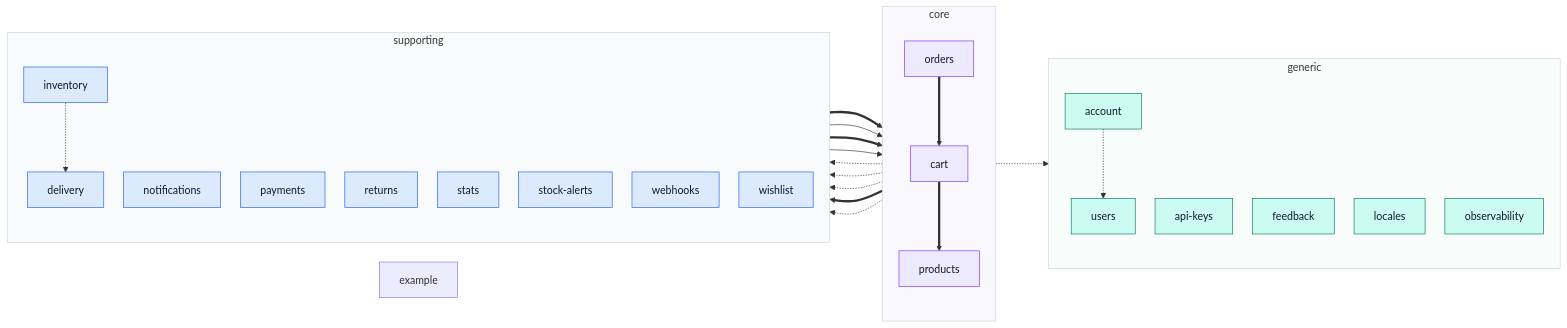
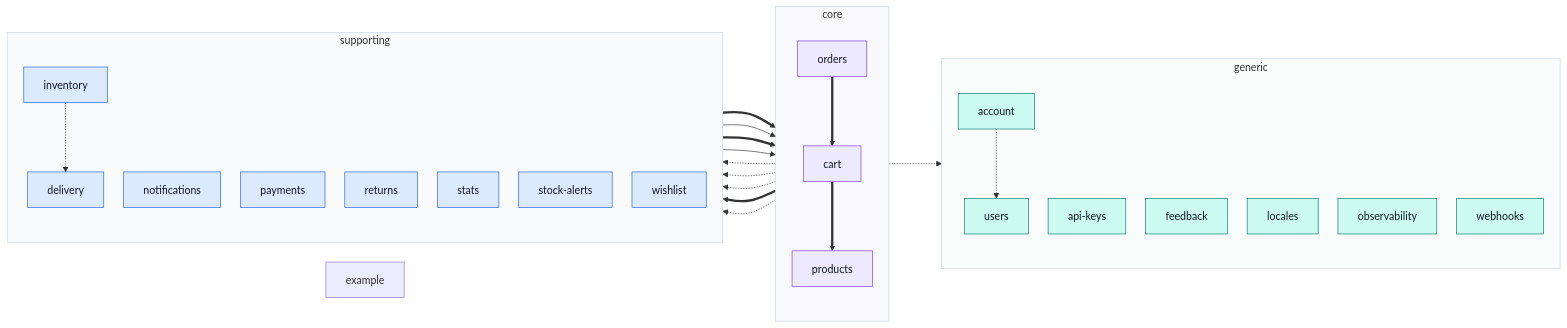
Before and after one commit to Guebbit/boilerplate-vue-frontend: the diagram in docs/modules/index.md, drawn with Mermaid. The commit also changed other lines of this file and 4 other files, not shown here.

Commit message:
docs(webhooks): a generic subdomain, as the backend labels it

````diff
--- a/docs/modules/index.md
+++ b/docs/modules/index.md
@@ -34,56 +34,56 @@
 ```mermaid
 %%{init: {'flowchart': {'nodeSpacing': 30, 'rankSpacing': 80}}}%%
 flowchart LR
     subgraph CORE["core"]
         direction TB
         cart["cart"]
         orders["orders"]
         products["products"]
     end
     subgraph SUPPORTING["supporting"]
         direction TB
         delivery["delivery"]
         inventory["inventory"]
         notifications["notifications"]
         payments["payments"]
         returns["returns"]
         stats["stats"]
         stockAlerts["stock-alerts"]
-        webhooks["webhooks"]
         wishlist["wishlist"]
     end
     subgraph GENERIC["generic"]
         direction TB
         account["account"]
         apiKeys["api-keys"]
         feedback["feedback"]
         locales["locales"]
         observability["observability"]
         users["users"]
+        webhooks["webhooks"]
     end
     demo["example"]
     account -.-> users
     cart -.-> account
     cart -.-> delivery
     cart -.-> payments
     cart ==> products
     inventory ==> products
     inventory -.-> delivery
     orders ==> cart
     orders -.-> delivery
     orders ==> payments
     orders -.-> returns
     stockAlerts --> products
     wishlist ==> cart
     wishlist --> products
 
     classDef core fill:#ede9fe,stroke:#7c3aed,color:#111827;
     classDef supporting fill:#dbeafe,stroke:#2563eb,color:#111827;
     classDef generic fill:#ccfbf1,stroke:#0f766e,color:#111827;
     class cart,orders,products core;
-    class delivery,inventory,notifications,payments,returns,stats,stockAlerts,webhooks,wishlist supporting;
-    class account,apiKeys,feedback,locales,observability,users generic;
+    class delivery,inventory,notifications,payments,returns,stats,stockAlerts,wishlist supporting;
+    class account,apiKeys,feedback,locales,observability,users,webhooks generic;
     style CORE fill:#faf8ff,stroke:#cbd5e1
     style SUPPORTING fill:#f8fafc,stroke:#cbd5e1
     style GENERIC fill:#f8fdfc,stroke:#cbd5e1
 ```
````
